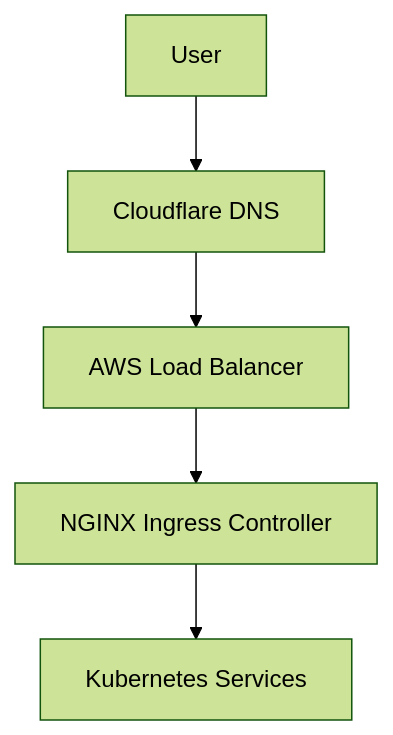
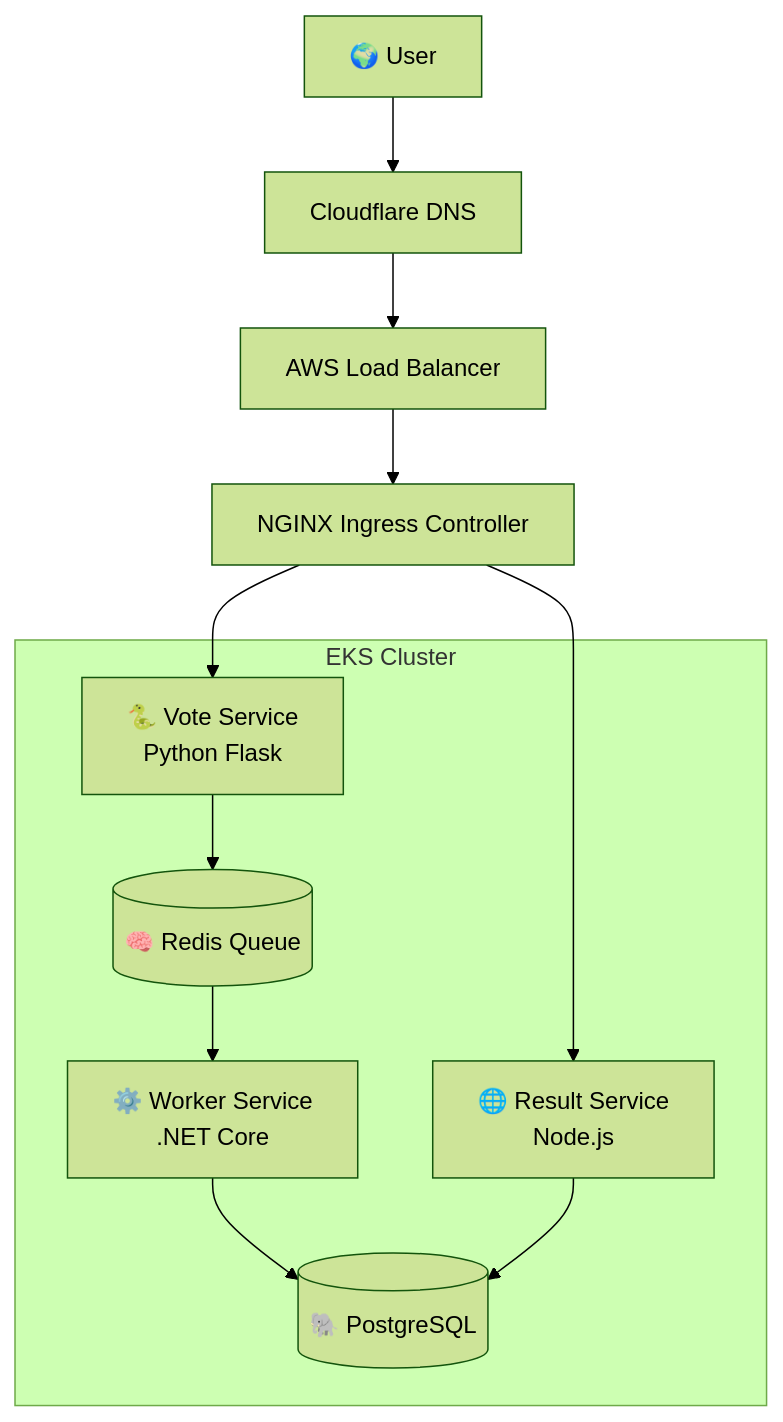
The diagram in README.md (Princeonuoha/voting-app-eks), drawn with Mermaid (forest theme) before and after one commit. The commit also changed other lines of this file, not shown here.

````diff
--- a/README.md
+++ b/README.md
@@ -23,11 +25,31 @@
 ```mermaid
 flowchart TD
 
-User[User] --> Cloudflare[Cloudflare DNS]
+User[🌍 User] --> DNS[Cloudflare DNS]
 
-Cloudflare --> ELB[AWS Load Balancer]
+DNS --> ELB[AWS Load Balancer]
 
 ELB --> Ingress[NGINX Ingress Controller]
 
-Ingress --> Services[Kubernetes Services]
+subgraph EKS Cluster
+
+Vote[🐍 Vote Service<br>Python Flask]
+
+Result[🌐 Result Service<br>Node.js]
+
+Worker[⚙️ Worker Service<br>.NET Core]
+
+Redis[(🧠 Redis Queue)]
+
+Postgres[(🐘 PostgreSQL)]
+
+end
+
+Ingress --> Vote
+Ingress --> Result
+
+Vote --> Redis
+Redis --> Worker
+Worker --> Postgres
+Result --> Postgres
 ```
````
